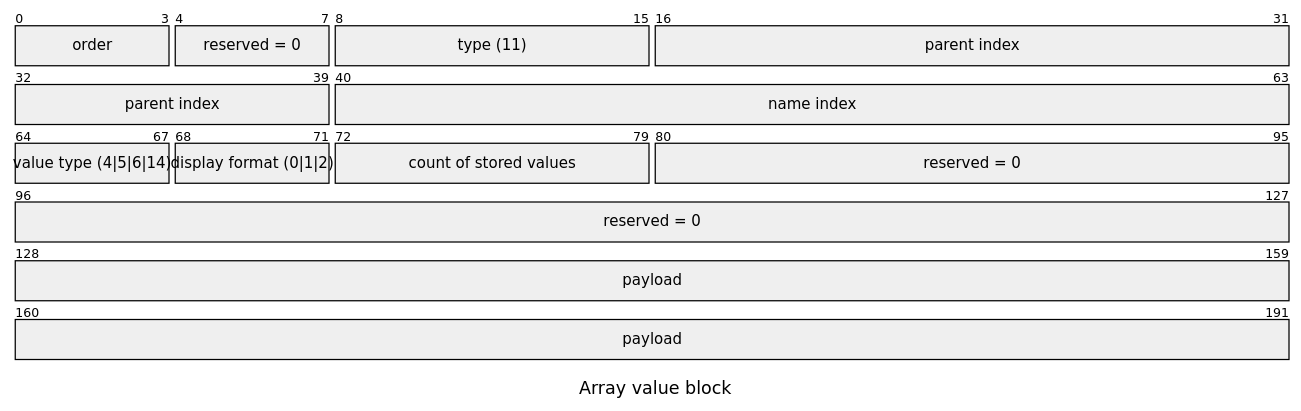
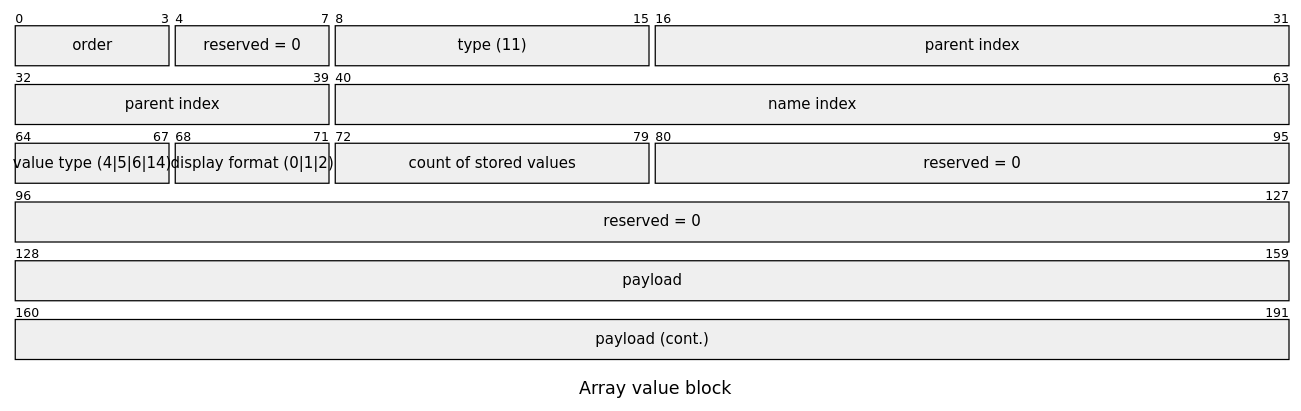
One commit to misttech/mist-os changed diagram 11 of 12 in docs/reference/platform-spec/diagnostics/inspect-vmo-format.md. Above: the diagram before and after it, drawn with Mermaid. The commit also changed other lines of this file, not shown here.

````diff
--- a/docs/reference/platform-spec/diagnostics/inspect-vmo-format.md
+++ b/docs/reference/platform-spec/diagnostics/inspect-vmo-format.md
@@ -433,16 +441,17 @@
 ```mermaid
 ---
 title: "Array value block"
 ---
 packet-beta
 0-3: "order"
 4-7: "reserved = 0"
 8-15: "type (11)"
 16-39: "parent index"
 40-63: "name index"
 64-67: "value type (4|5|6|14)"
 68-71: "display format (0|1|2)"
 72-79: "count of stored values"
 80-127: "reserved = 0"
-128-191: "payload"
+128-159: "payload"
+160-191: "payload (cont.)"
 ```
````
